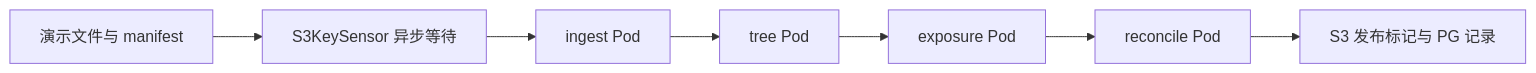
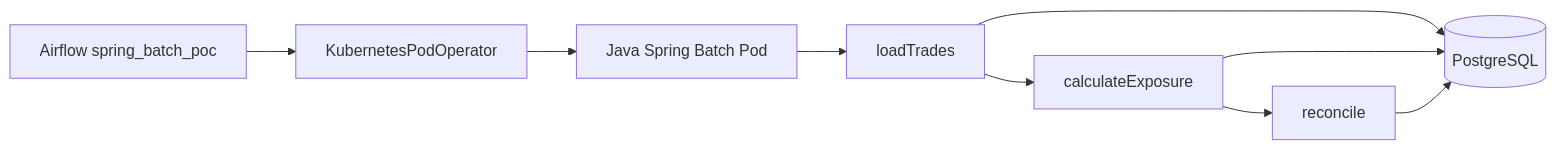
One commit to charlven/cloud-native-batch changed the diagram in solutions/2026-10-27-airflow-kubernetes-spring-batch-migration/poc/README.md. Above: the diagram before and after it, drawn with Mermaid. The commit also changed other lines of this file and 19 other files, not shown here.

Commit message:
Run real Spring Batch POC through Airflow on local Kubernetes

````diff
--- a/solutions/2026-10-27-airflow-kubernetes-spring-batch-migration/poc/README.md
+++ b/solutions/2026-10-27-airflow-kubernetes-spring-batch-migration/poc/README.md
@@ -23,9 +7,11 @@
 ```mermaid
 flowchart LR
-    A[演示文件与 manifest] --> B[S3KeySensor 异步等待]
-    B --> C[ingest Pod]
-    C --> D[tree Pod]
-    D --> E[exposure Pod]
-    E --> F[reconcile Pod]
-    F --> G[S3 发布标记与 PG 记录]
+    A[Airflow spring_batch_poc] --> B[KubernetesPodOperator]
+    B --> C[Java Spring Batch Pod]
+    C --> D[loadTrades]
+    D --> E[calculateExposure]
+    E --> F[reconcile]
+    D --> G[(PostgreSQL)]
+    E --> G
+    F --> G
 ```
````
